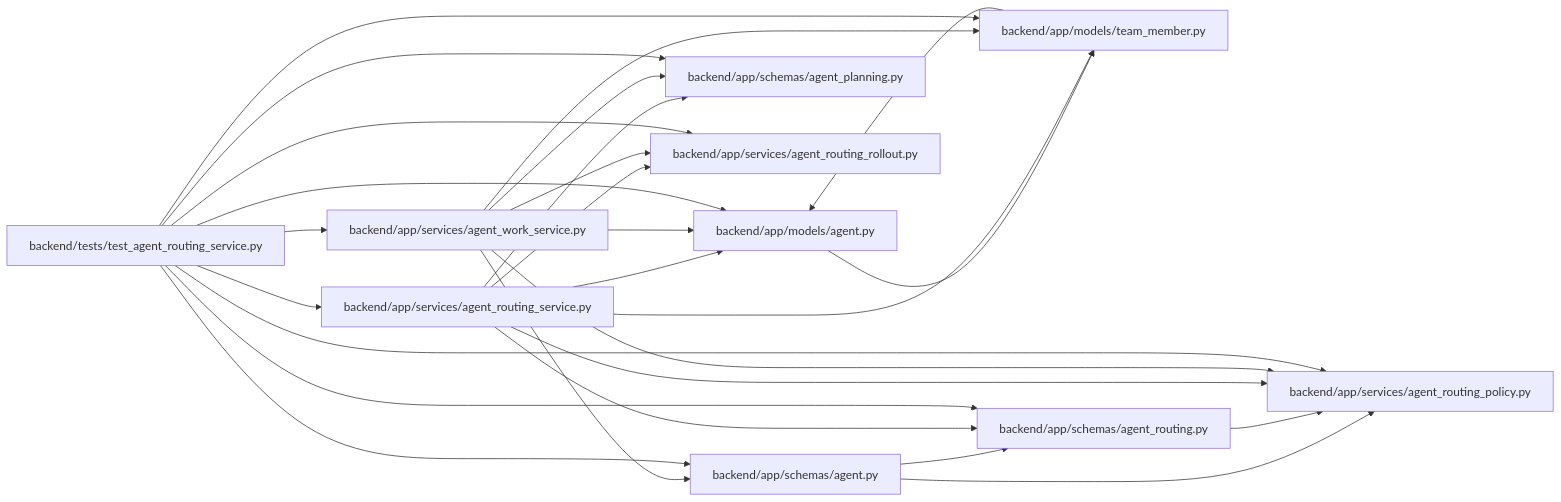
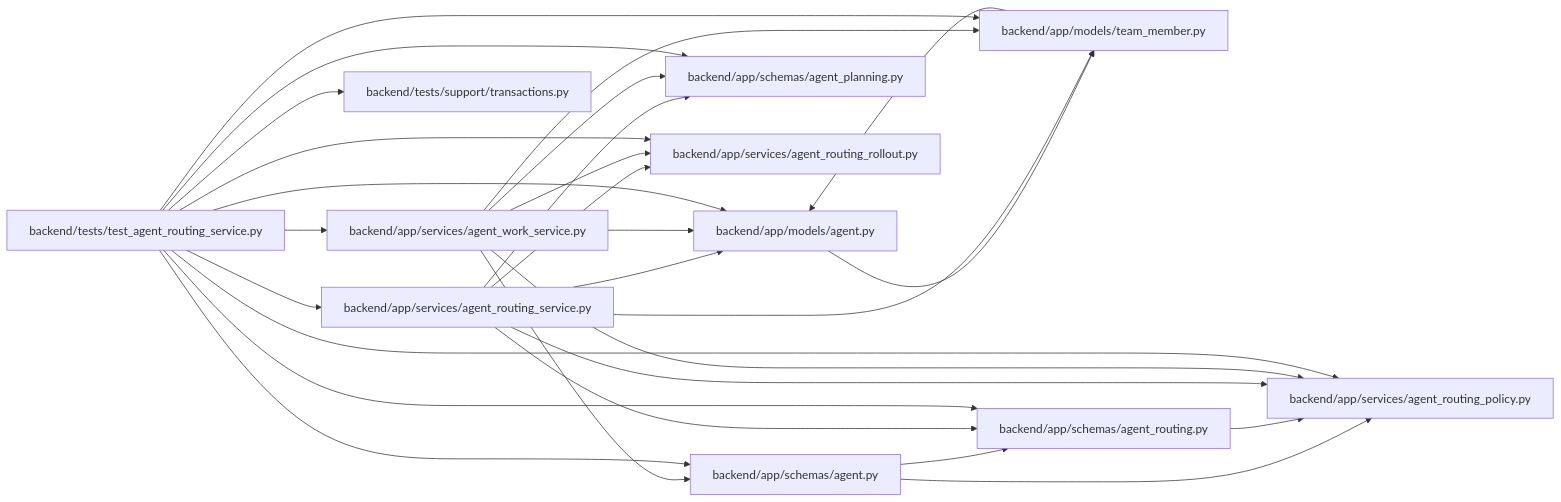
One commit to Denissvgn/WorkChord changed the diagram in docs/llm_wiki/modules/test_agent_routing_service.md. Above: the diagram before and after it, drawn with Mermaid. The commit also changed other lines of this file and 1238 other files, not shown here.

First line of the commit message:
docs(wiki): publish compact canonical domain architecture

````diff
--- a/docs/llm_wiki/modules/test_agent_routing_service.md
+++ b/docs/llm_wiki/modules/test_agent_routing_service.md
@@ -34,49 +35,52 @@
 ```mermaid
 flowchart LR
     n0["backend/app/models/agent.py"]
     n1["backend/app/models/team_member.py"]
     n2["backend/app/schemas/agent.py"]
     n3["backend/app/schemas/agent_planning.py"]
     n4["backend/app/schemas/agent_routing.py"]
     n5["backend/app/services/agent_routing_policy.py"]
     n6["backend/app/services/agent_routing_rollout.py"]
     n7["backend/app/services/agent_routing_service.py"]
     n8["backend/app/services/agent_work_service.py"]
-    n9["backend/tests/test_agent_routing_service.py"]
+    n9["backend/tests/support/transactions.py"]
+    n10["backend/tests/test_agent_routing_service.py"]
     n0 --> n1
     n1 --> n0
     n2 --> n4
     n2 --> n5
     n4 --> n5
     n7 --> n0
     n7 --> n1
     n7 --> n3
     n7 --> n4
     n7 --> n5
     n7 --> n6
     n8 --> n0
     n8 --> n1
     n8 --> n2
     n8 --> n3
     n8 --> n5
     n8 --> n6
-    n9 --> n0
-    n9 --> n1
-    n9 --> n2
-    n9 --> n3
-    n9 --> n4
-    n9 --> n5
-    n9 --> n6
-    n9 --> n7
-    n9 --> n8
+    n10 --> n0
+    n10 --> n1
+    n10 --> n2
+    n10 --> n3
+    n10 --> n4
+    n10 --> n5
+    n10 --> n6
+    n10 --> n7
+    n10 --> n8
+    n10 --> n9
     click n0 "../modules/models_agent.md"
     click n1 "../modules/team_member.md"
     click n2 "../modules/schemas_agent.md"
     click n3 "../modules/schemas_agent_planning.md"
     click n4 "../modules/agent_routing.md"
     click n5 "../modules/agent_routing_policy.md"
     click n6 "../modules/agent_routing_rollout.md"
     click n7 "../modules/agent_routing_service.md"
     click n8 "../modules/agent_work_service.md"
-    click n9 "../modules/test_agent_routing_service.md"
+    click n9 "../modules/transactions.md"
+    click n10 "../modules/test_agent_routing_service.md"
 ```
````
